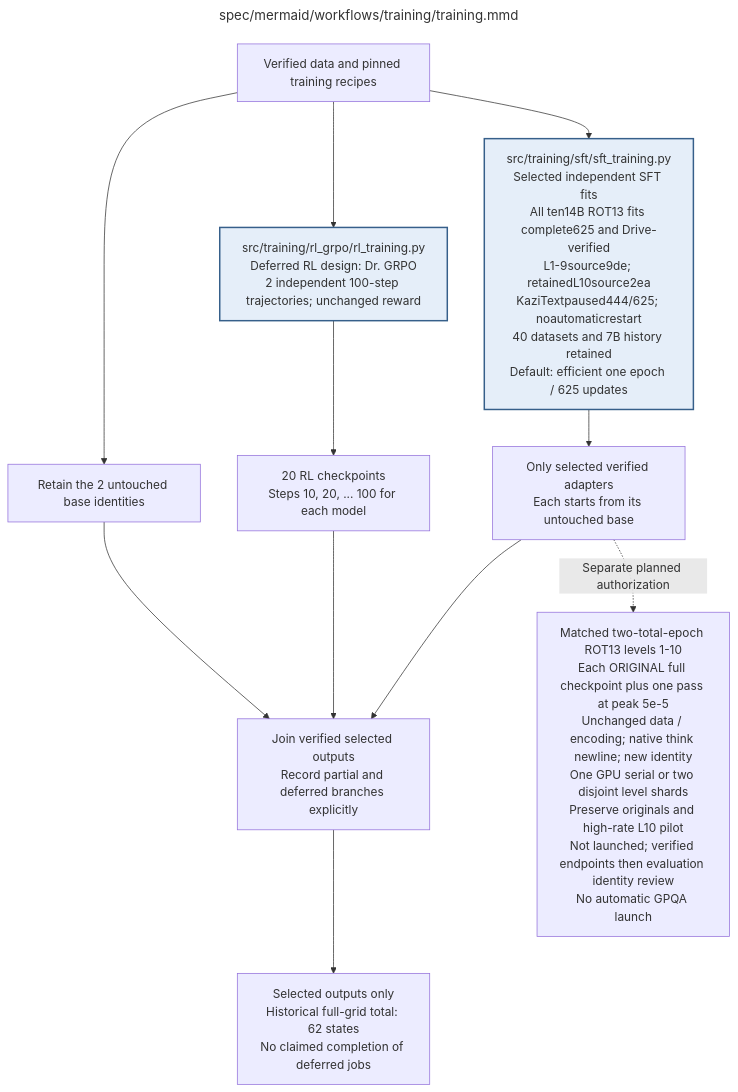
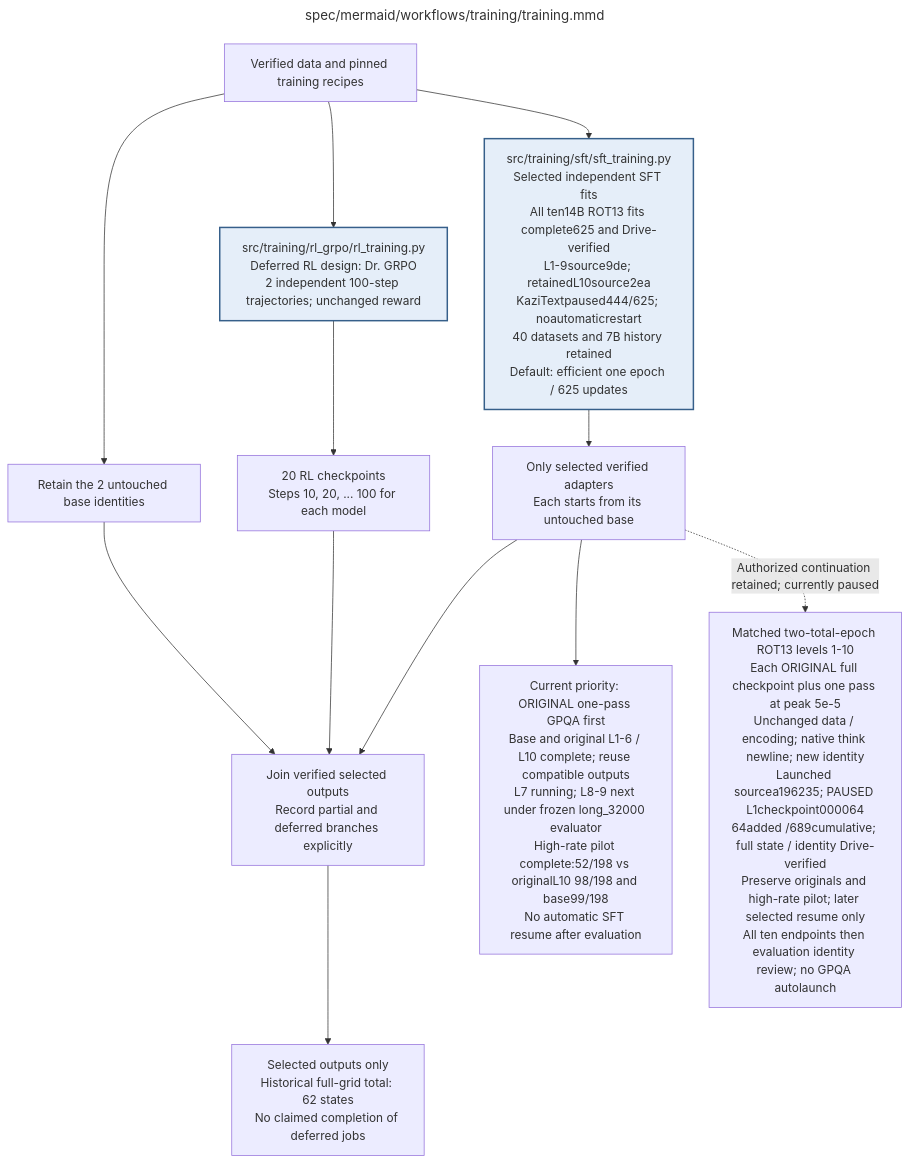
One commit to AJUNNYC/inducing_persistent_textual_chain_of_thought_illegibility changed the diagram in docs/modules/training/training.md. Above: the diagram before and after it, drawn with Mermaid. The commit also changed other lines of this file and 31 other files, not shown here.

Commit message:
Record completed GPQA pilot and prioritize original one-pass evaluations

````diff
--- a/docs/modules/training/training.md
+++ b/docs/modules/training/training.md
@@ -60,55 +93,57 @@
 ```mermaid
 ---
 title: "spec/mermaid/workflows/training/training.mmd"
 ---
 flowchart TD
 %% Dated13Oct21:38UTC evidence: actualGPQA49/198 complete/Drive verified;133 truncated+3 malformed at3072 tokens.
 %% Current14Oct: allten14B ROT13 fits complete625/Driveverified; L1-9source9de, retainedL10source2ea.
 %% RetainedROT13L10 keeps old2ea4fb9 identity; laterdocumentation cannot relabel executed workers.
 %% Training
 %% Active default: efficient_one_epoch_v1, per explicitly selected SFT condition.
 %% Published policy v2: request physical 2 x 8; capacity fallback 1 x 16, same effective 16.
 %% Actual batch/accumulation/recomputation mode stays fixed throughout each fit and exact resume.
 %% Committed coordinator requires untouched 14B Diamond 198 baseline+verified Drive barrier before 19 new fits.
 %% Executednine-levelROT13queue isCOMPLETE; KaziTextpaused444/625, noautomaticrestart.
 %% Authorization $240 recorded; no inferred new price or rate-based cutoff; explicit deadline/safe pause separate.
 %% Forty datasets available; alltenROT13 fitscomplete, alltenKaziText fitsuncompleted.
 %% Historical$240SFT authorization retained; original GPQA32k controls retained.
-%% 16Oct L10 extra epoch COMPLETE625/cumulative1250/26Driveverified; newL10 GPQA running.
-%% Native128 verified:35new/61old/70base strictcorrect; final70running/full198pending.
-%% Posthoc wordfreq R-only56.50% of alphabetic reasoning words; vocabulary-sensitive,not full coverage.
+%% 16Oct high-rate L10 extra epoch COMPLETE625/cumulative1250/26Driveverified; native GPQA198 COMPLETE.
+%% Full198 strictcorrect:52pilot/98originalL10/99base; pilot44wrong/9malformed/93truncated.
+%% Fixed73-word markers168/198,34correct/168: presence only. Historical128 wordfreq is prefix only.
 %% Legacy full-grid62state accounting is preserved, not an active launch instruction.
-%% Matched two-total-epoch14B ROT13 levels1-10 v2: PLANNED_NOT_LAUNCHED, ownoriginalparents,peak5e-5.
+%% v2 sourcea196235 launched21:32:26UTC; pause requested21:54:29; PAUSED L1checkpoint000064 Driveverified.
+%% 64added/689cumulative; original one-pass GPQA L7 RUNNING21:56:48UTC; L8-9 next; no SFT autoresume.
 %% Edit quoted node labels directly; this is native Mermaid.
 %% Execution contract: known faults use bounded recovery; unclassified/persistent faults stop the worker.
 %% Frozen invalid inputs are fatal. Unrecoverable child failures propagate; never release incomplete results.
 %% RL uses the same fixed 800 questions and order for both sizes. Four rollouts form each GRPO group.
 %% Independent SFT family queues run on their own GPUs; RL model trajectories run sequentially.
 %% Exact-condition full checkpoints may resume a run; another level's adapter is never a warm start.
 %% No training-time reasoning ablations. Earlier valid outputs are preserved if a worker stops.
 %% RL uses GRPO with Dr. GRPO loss normalization and the fixed settings in rl_grpo/setup/rl_setup.mmd.
 %% The post-training GPT4o artifact audit does not change the Sonnet two-pass training reward.
 %% Child: SFT => sft/sft_training.mmd
 %% Child: RL => rl_grpo/rl_training.mmd
     INPUT["Verified data and pinned training recipes"]
     SFT["src/training/sft/sft_training.py<br/>Selected independent SFT fits<br/>All ten14B ROT13 fits complete625 and Drive-verified<br/>L1-9source9de; retainedL10source2ea<br/>KaziTextpaused444/625; noautomaticrestart<br/>40 datasets and 7B history retained<br/>Default: efficient one epoch / 625 updates"]
     SFTOUT["Only selected verified adapters<br/>Each starts from its untouched base"]
     RL["src/training/rl_grpo/rl_training.py<br/>Deferred RL design: Dr. GRPO<br/>2 independent 100-step trajectories; unchanged reward"]
     RLOUT["20 RL checkpoints<br/>Steps 10, 20, ... 100 for each model"]
     BASE["Retain the 2 untouched base identities"]
     WAIT["Join verified selected outputs<br/>Record partial and deferred branches explicitly"]
     OUT["Selected outputs only<br/>Historical full-grid total: 62 states<br/>No claimed completion of deferred jobs"]
     INPUT --> SFT --> SFTOUT --> WAIT
     INPUT --> RL --> RLOUT --> WAIT
     INPUT --> BASE --> WAIT
-    SFTOUT -.->|Separate planned authorization| V2["Matched two-total-epoch ROT13 levels 1-10<br/>Each ORIGINAL full checkpoint plus one pass at peak 5e-5<br/>Unchanged data / encoding; native think newline; new identity<br/>One GPU serial or two disjoint level shards<br/>Preserve originals and high-rate L10 pilot<br/>Not launched; verified endpoints then evaluation identity review<br/>No automatic GPQA launch"]
+    SFTOUT --> ONEPASS["Current priority: ORIGINAL one-pass GPQA first<br/>Base and original L1-6 / L10 complete; reuse compatible outputs<br/>L7 running; L8-9 next under frozen long_32000 evaluator<br/>High-rate pilot complete:52/198 vs originalL10 98/198 and base99/198<br/>No automatic SFT resume after evaluation"]
+    SFTOUT -.->|Authorized continuation retained; currently paused| V2["Matched two-total-epoch ROT13 levels 1-10<br/>Each ORIGINAL full checkpoint plus one pass at peak 5e-5<br/>Unchanged data / encoding; native think newline; new identity<br/>Launched sourcea196235; PAUSED L1checkpoint000064<br/>64added /689cumulative; full state / identity Drive-verified<br/>Preserve originals and high-rate pilot; later selected resume only<br/>All ten endpoints then evaluation identity review; no GPQA autolaunch"]
     WAIT --> OUT
     classDef detail fill:#e5eef9,stroke:#365f8a,stroke-width:2px
     class SFT,RL detail
 
 %% Repository module: src/training/training.py
 %% Module documentation: docs/modules/training/training.md
 %% Unit test: tests/unit/training/test_training.py
 %% Owner: coordinator
 %% Source sections: 2; C.2–C.3; E.1.1; E.2.2; H.7,H.9
 ```
````
